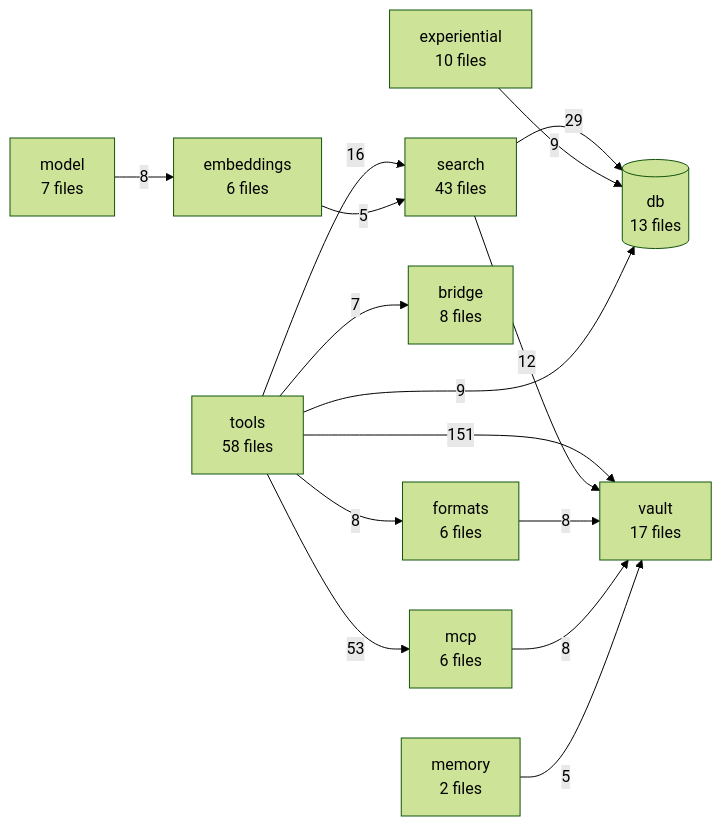
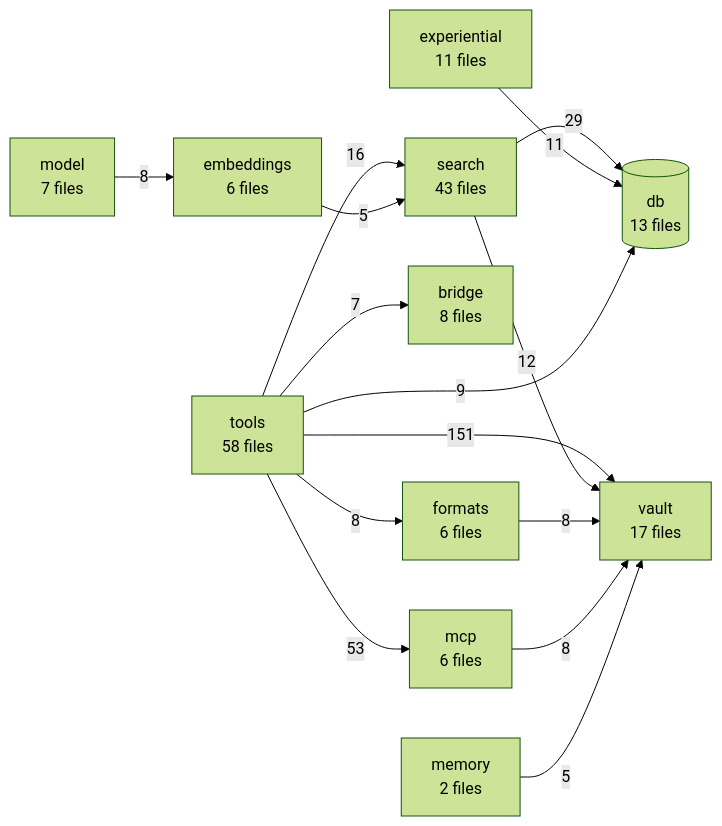
One commit to The-40-Thieves/obsidian-tc changed the diagram in TREE.md. Above: the diagram before and after it, drawn with Mermaid (forest theme). The commit also changed other lines of this file and 27 other files, not shown here.

````diff
--- a/TREE.md
+++ b/TREE.md
@@ -205,29 +205,29 @@
 ```mermaid
 flowchart LR
   tools[tools<br/>58 files]
   search[search<br/>43 files]
   vault[vault<br/>17 files]
   db[(db<br/>13 files)]
-  experiential[experiential<br/>10 files]
+  experiential[experiential<br/>11 files]
   bridge[bridge<br/>8 files]
   model[model<br/>7 files]
   embeddings[embeddings<br/>6 files]
   formats[formats<br/>6 files]
   mcp[mcp<br/>6 files]
   memory[memory<br/>2 files]
 
   tools -->|151| vault
   tools -->|53| mcp
   search -->|29| db
   tools -->|16| search
   search -->|12| vault
-  experiential -->|9| db
+  experiential -->|11| db
   tools -->|9| db
   formats -->|8| vault
   mcp -->|8| vault
   model -->|8| embeddings
   tools -->|8| formats
   tools -->|7| bridge
   embeddings -->|5| search
   memory -->|5| vault
 ```
````
